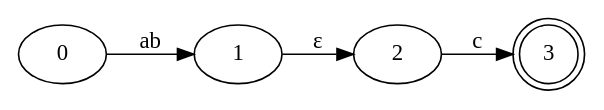
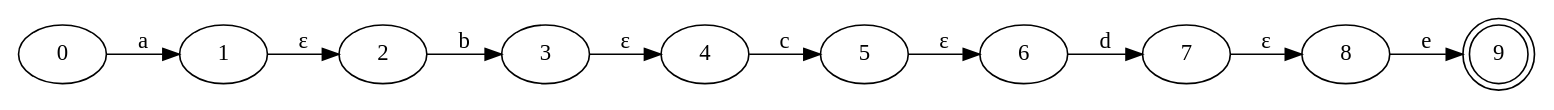
One commit to jua16073/lenguajes_proy1 changed the diagram in test-output/nfa.gv. Above: the diagram before and after it, drawn with Graphviz. The commit also changed 10 other files, not shown here.

```diff
--- a/test-output/nfa.gv
+++ b/test-output/nfa.gv
@@ -1,10 +1,22 @@
 digraph Automata {
 	rankdir=LR
 	0 [label=0]
-	0 -> 1 [label=ab]
+	0 -> 1 [label=a]
 	1 [label=1]
 	1 -> 2 [label="ε"]
 	2 [label=2]
-	2 -> 3 [label=c]
-	3 [label=3 shape=doublecircle]
+	2 -> 3 [label=b]
+	3 [label=3]
+	3 -> 4 [label="ε"]
+	4 [label=4]
+	4 -> 5 [label=c]
+	5 [label=5]
+	5 -> 6 [label="ε"]
+	6 [label=6]
+	6 -> 7 [label=d]
+	7 [label=7]
+	7 -> 8 [label="ε"]
+	8 [label=8]
+	8 -> 9 [label=e]
+	9 [label=9 shape=doublecircle]
 }
```
